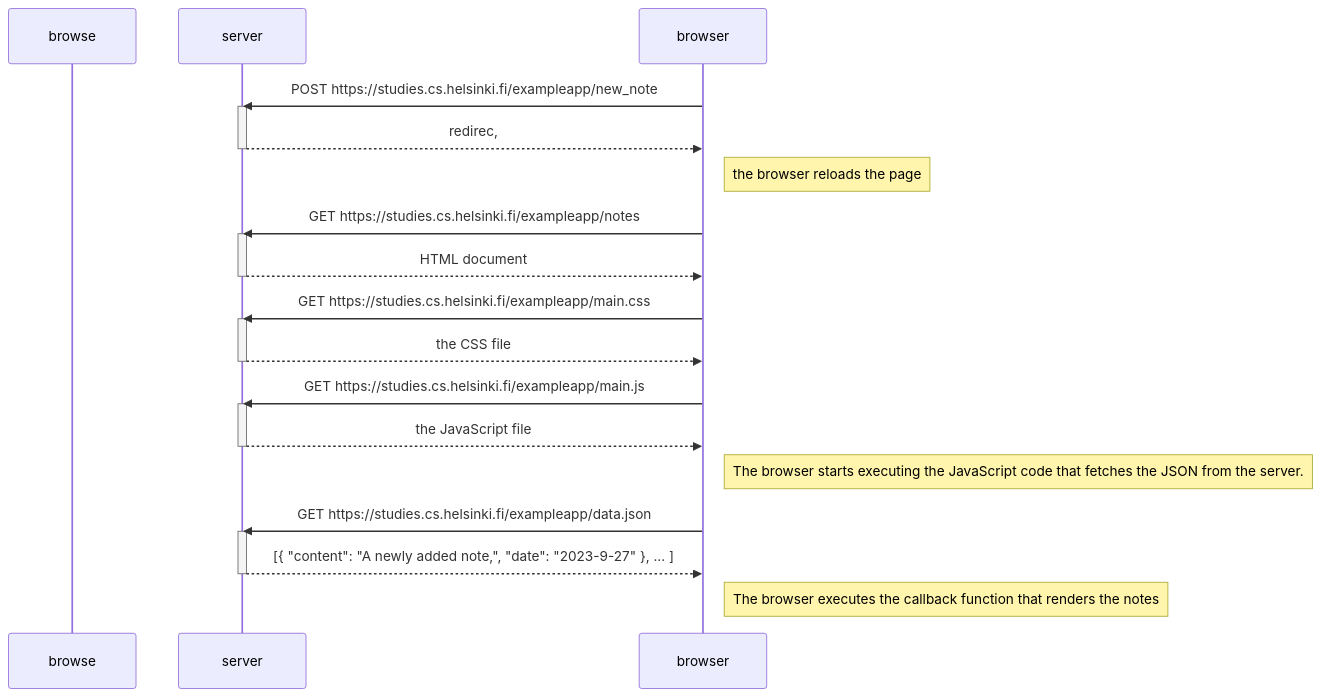
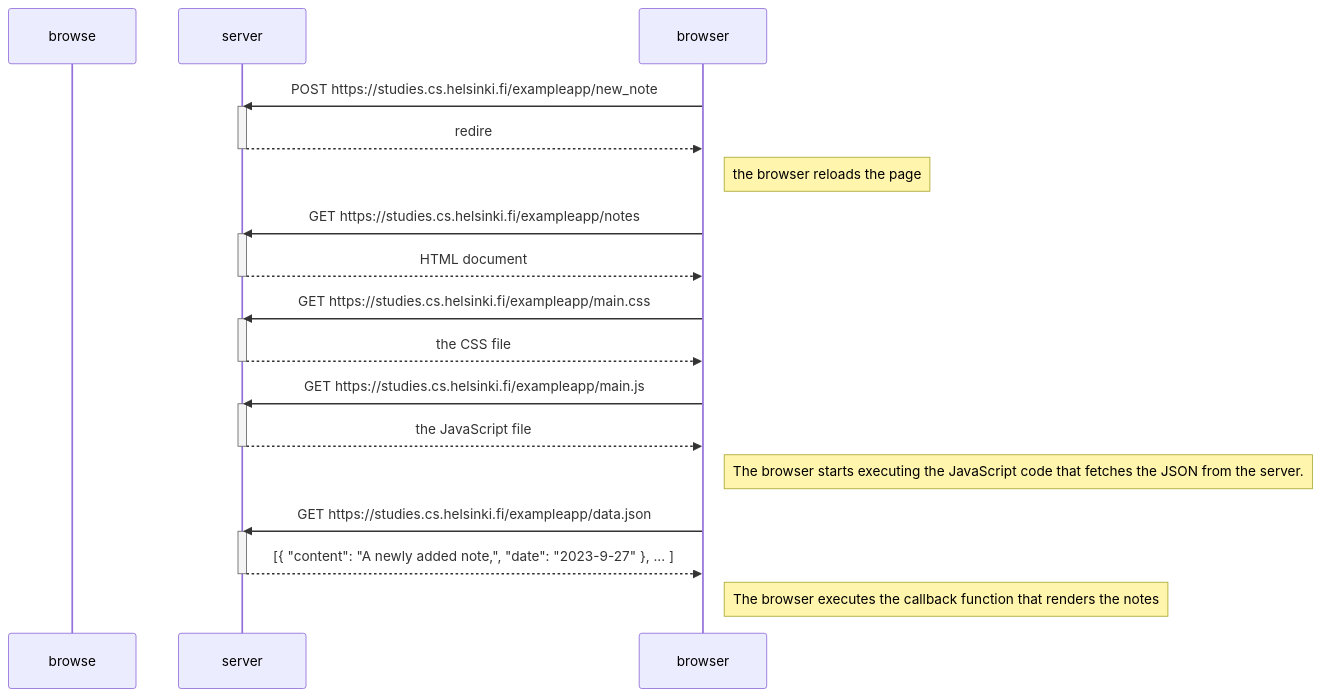
The diagram in part0/0.4/new_note_diagram.md (AlexanderGurnet/fullstackopen), drawn with Mermaid before and after one commit.

````diff
--- a/part0/0.4/new_note_diagram.md
+++ b/part0/0.4/new_note_diagram.md
@@ -2,35 +2,35 @@
 ```mermaid
   sequenceDiagram
     participant browse
     participant server
 
     browser->>server: POST https://studies.cs.helsinki.fi/exampleapp/new_note
     activate server
-    server-->>browser: redirec,
+    server-->>browser: redire
     deactivate server
     Note right of browser: the browser reloads the page
 
     browser->>server: GET https://studies.cs.helsinki.fi/exampleapp/notes
     activate server
     server-->>browser: HTML document
     deactivate server
     
     browser->>server: GET https://studies.cs.helsinki.fi/exampleapp/main.css
     activate server
     server-->>browser: the CSS file
     deactivate server
 
     browser->>server: GET https://studies.cs.helsinki.fi/exampleapp/main.js
     activate server
     server-->>browser: the JavaScript file
     deactivate server
 
     Note right of browser: The browser starts executing the JavaScript code that fetches the JSON from the server.
 
     browser->>server: GET https://studies.cs.helsinki.fi/exampleapp/data.json
     activate server
     server-->>browser: [{ "content": "A newly added note,", "date": "2023-9-27" }, ... ]
     deactivate server
 
     Note right of browser: The browser executes the callback function that renders the notes
 ```
````
